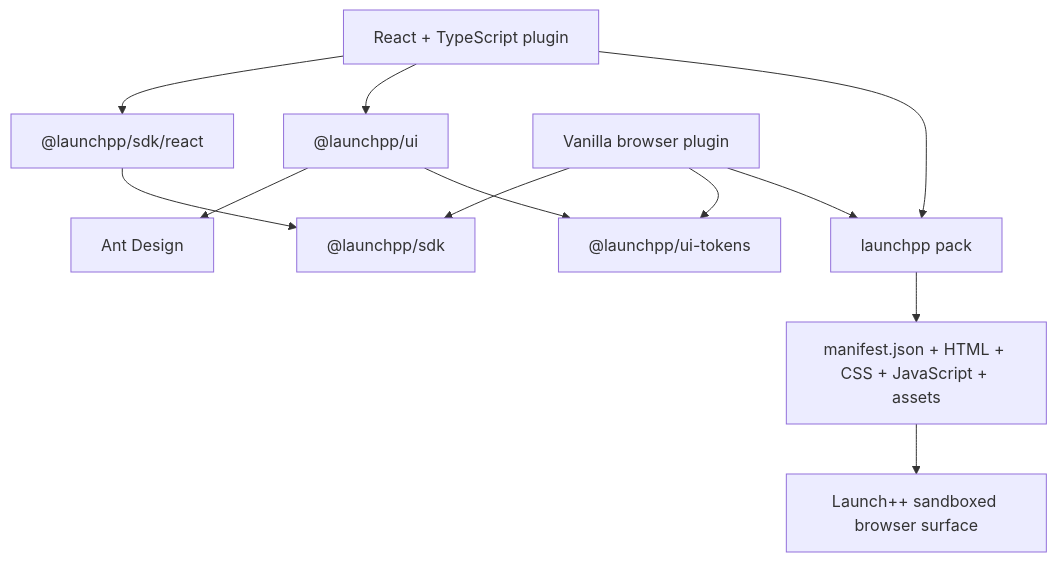
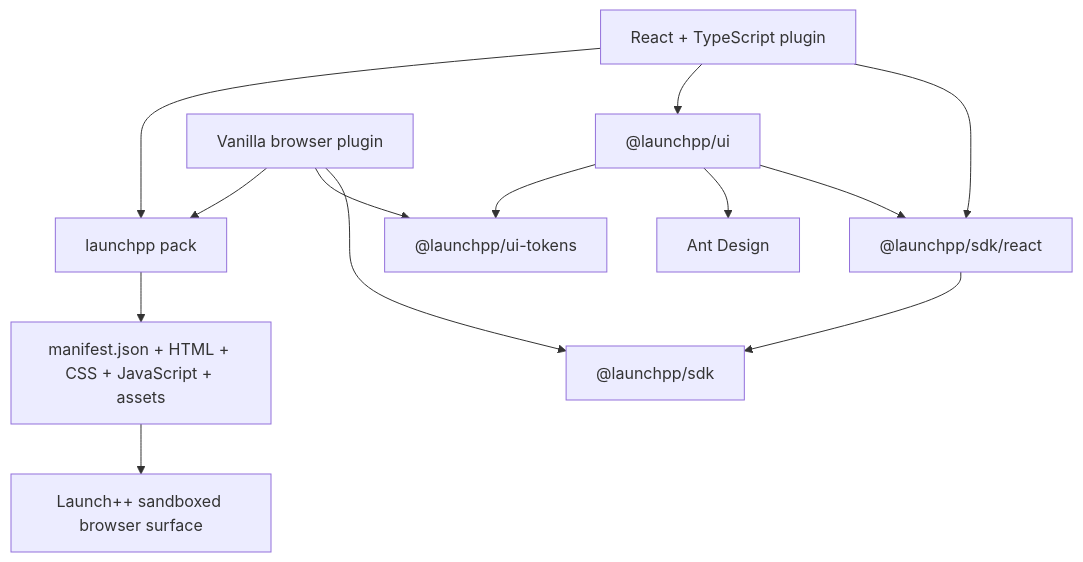
Before and after one commit to dali-benothmen/Launch-plus-plus: the diagram in docs/plugin-ui-system.md, drawn with Mermaid. The commit also changed other lines of this file and 12 other files, not shown here.

````diff
--- a/docs/plugin-ui-system.md
+++ b/docs/plugin-ui-system.md
@@ -31,14 +31,15 @@
 ```mermaid
 flowchart TB
   ReactPlugin["React + TypeScript plugin"] --> ReactSDK["@launchpp/sdk/react"]
   ReactPlugin --> UI["@launchpp/ui"]
   VanillaPlugin["Vanilla browser plugin"] --> SDK["@launchpp/sdk"]
   VanillaPlugin --> Tokens["@launchpp/ui-tokens"]
   ReactSDK --> SDK
+  UI --> ReactSDK
   UI --> Ant["Ant Design"]
   UI --> Tokens
   ReactPlugin --> Pack["launchpp pack"]
   VanillaPlugin --> Pack
   Pack --> Artifact["manifest.json + HTML + CSS + JavaScript + assets"]
   Artifact --> Sandbox["Launch++ sandboxed browser surface"]
 ```
````
